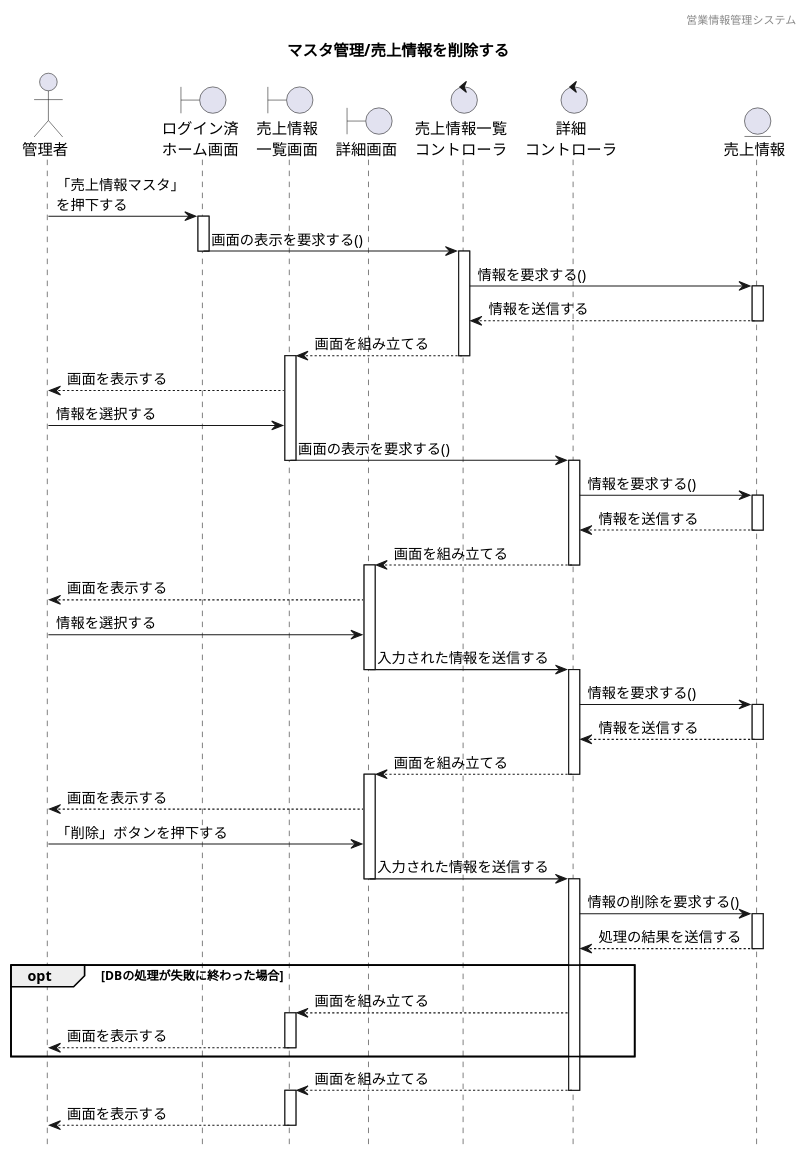
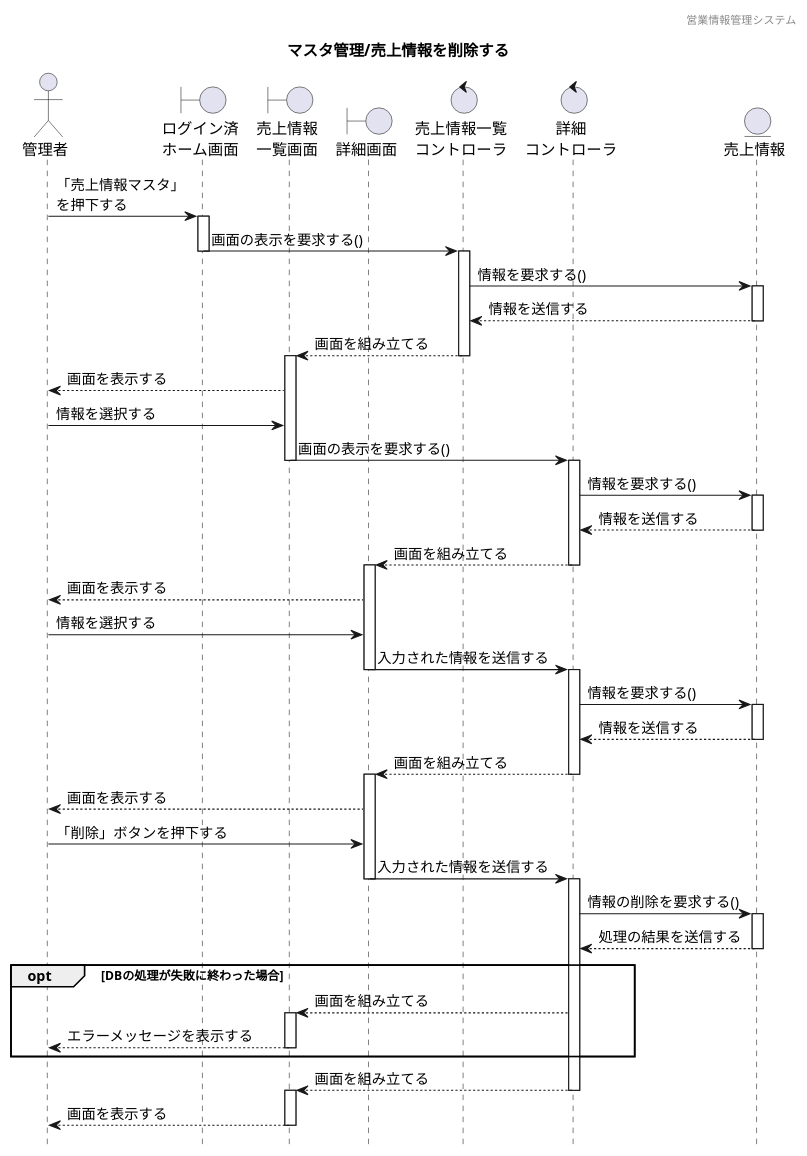
The diagram in 各種設計書/4シーケンス図/マスタ管理/6.売上情報マスタ/売上情報管理_削除.plantuml (HaruShim/Sotuken), drawn with PlantUML before and after one commit. The commit also changed 2 other files, not shown here.

```diff
--- a/各種設計書/4シーケンス図/マスタ管理/6.売上情報マスタ/売上情報管理_削除.plantuml
+++ b/各種設計書/4シーケンス図/マスタ管理/6.売上情報マスタ/売上情報管理_削除.plantuml
@@ -1,81 +1,81 @@
 @startuml ../../images/売上情報マスタ/売上情報管理_削除
 
 hide footbox
 header 営業情報管理システム
 title マスタ管理/売上情報を削除する
 
 ' actor "" as a
 actor "管理者" as a1
 
 ' boundary "" as b
 boundary "ログイン済\nホーム画面" as b1
 boundary "売上情報\n一覧画面" as b2
 boundary "詳細画面" as b3
 
 ' control "" as c
 control "売上情報一覧\nコントローラ" as c1
 control "詳細\nコントローラ" as c2
 
 ' entity "" as e
 entity "売上情報" as e1
 
 a1 -> b1:「売上情報マスタ」\nを押下する
 activate b1
 b1 -> c1:画面の表示を要求する()
 deactivate b1
 activate c1
 c1 -> e1 : 情報を要求する()
 activate e1
 e1 --> c1 : 情報を送信する
 deactivate e1
 c1 --> b2: 画面を組み立てる
 deactivate c1
 activate b2
 b2 --> a1 : 画面を表示する
 a1 -> b2 : 情報を選択する
 b2 -> c2 : 画面の表示を要求する()
 deactivate b2
 activate c2
 c2 -> e1 : 情報を要求する()
 activate e1
 e1 --> c2 : 情報を送信する
 deactivate e1
 c2 --> b3 : 画面を組み立てる
 deactivate c2
 activate b3
 b3 --> a1 : 画面を表示する
 a1 -> b3 : 情報を選択する
 b3 -> c2 : 入力された情報を送信する
 deactivate b3
 activate c2
 c2 -> e1 : 情報を要求する()
 activate e1
 e1 --> c2 : 情報を送信する
 deactivate e1
 c2 --> b3 : 画面を組み立てる
 deactivate c2
 activate b3
 b3 --> a1 : 画面を表示する
 a1 -> b3 : 「削除」ボタンを押下する
 b3 -> c2 : 入力された情報を送信する
 deactivate b3
 activate c2
 c2 -> e1 : 情報の削除を要求する()
 activate e1
 e1 --> c2 : 処理の結果を送信する
 deactivate e1
 opt DBの処理が失敗に終わった場合
 c2 --> b2 : 画面を組み立てる
 
 activate b2
-b2 --> a1 : 画面を表示する
+b2 --> a1 : エラーメッセージを表示する
 deactivate b2
 end
 c2 --> b2 : 画面を組み立てる
 deactivate c2
 activate b2
 b2 --> a1 : 画面を表示する
 deactivate b2
 
 
 @enduml
```
